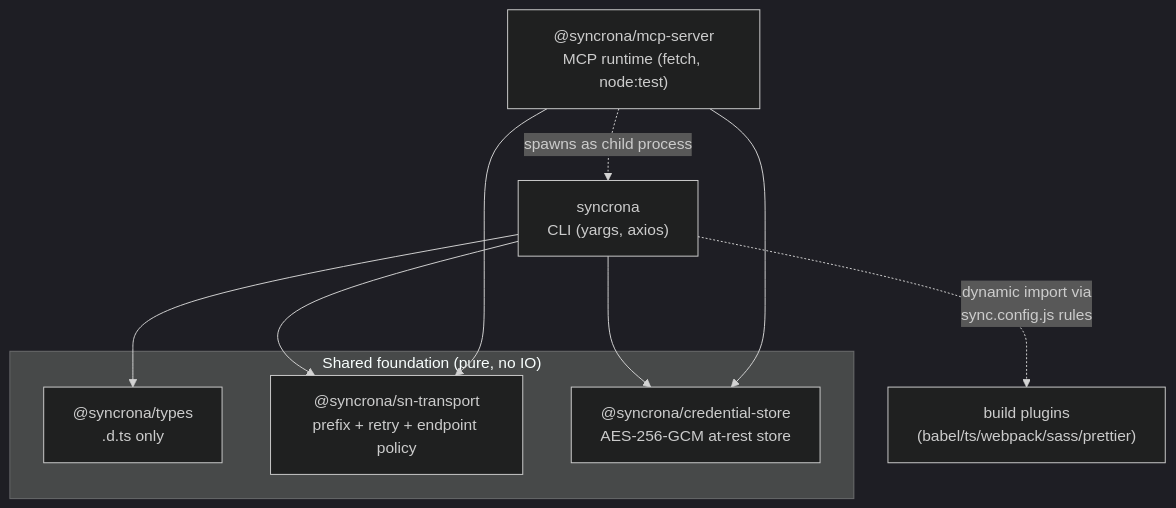
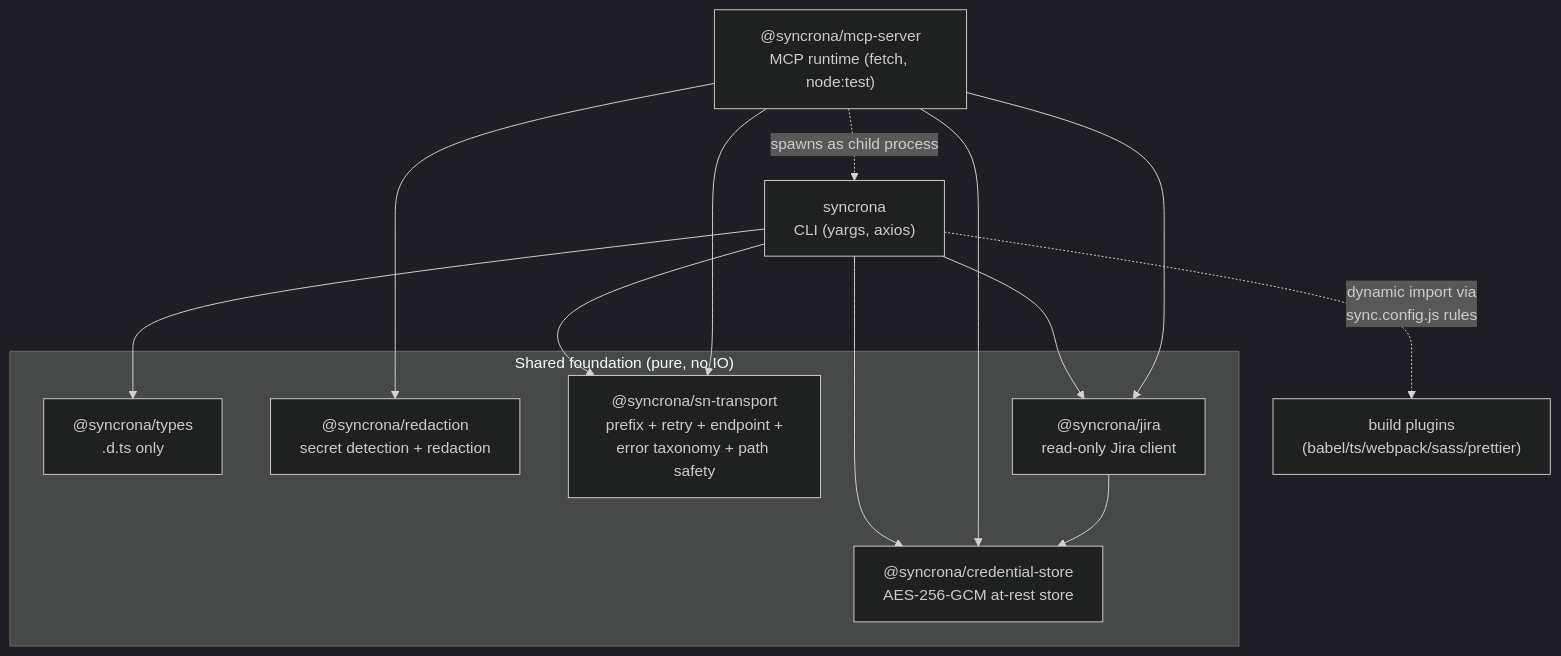
Before and after one commit to IvanBBaev/syncrona: the first of 6 diagrams in docs/ARCHITECTURE.md, drawn with Mermaid (dark theme). The commit also changed other lines of this file and 11 other files, not shown here.

````diff
--- a/docs/ARCHITECTURE.md
+++ b/docs/ARCHITECTURE.md
@@ -27,20 +30,26 @@
 ```mermaid
 graph TD
     subgraph shared["Shared foundation (pure, no IO)"]
         types["@syncrona/types<br/>.d.ts only"]
-        transport["@syncrona/sn-transport<br/>prefix + retry + endpoint policy"]
+        redaction["@syncrona/redaction<br/>secret detection + redaction"]
+        transport["@syncrona/sn-transport<br/>prefix + retry + endpoint +<br/>error taxonomy + path safety"]
         credstore["@syncrona/credential-store<br/>AES-256-GCM at-rest store"]
+        jira["@syncrona/jira<br/>read-only Jira client"]
     end
 
     core["syncrona<br/>CLI (yargs, axios)"]
     mcp["@syncrona/mcp-server<br/>MCP runtime (fetch, node:test)"]
     plugins["build plugins<br/>(babel/ts/webpack/sass/prettier)"]
 
     core --> types
     core --> transport
     core --> credstore
+    core --> jira
     mcp --> transport
     mcp --> credstore
+    mcp --> jira
+    mcp --> redaction
+    jira --> credstore
     mcp -. "spawns as child process" .-> core
     core -. "dynamic import via<br/>sync.config.js rules" .-> plugins
 ```
````
